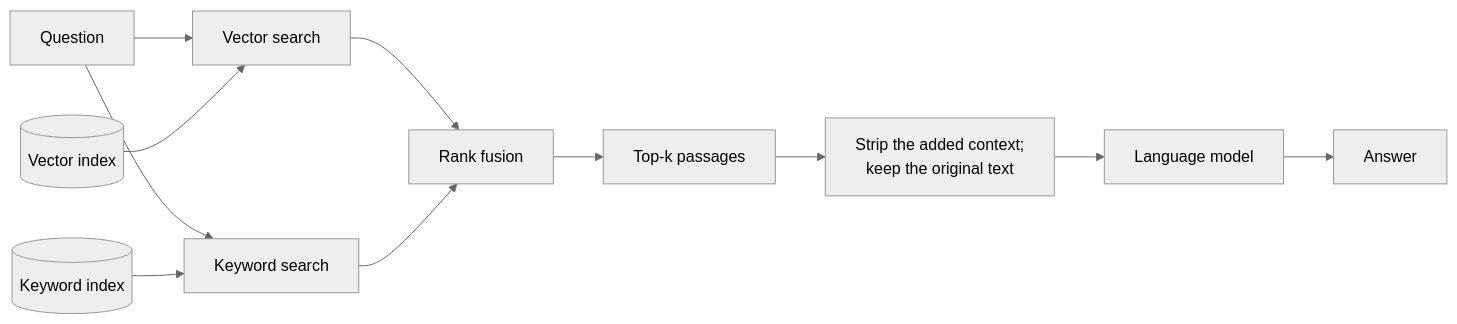
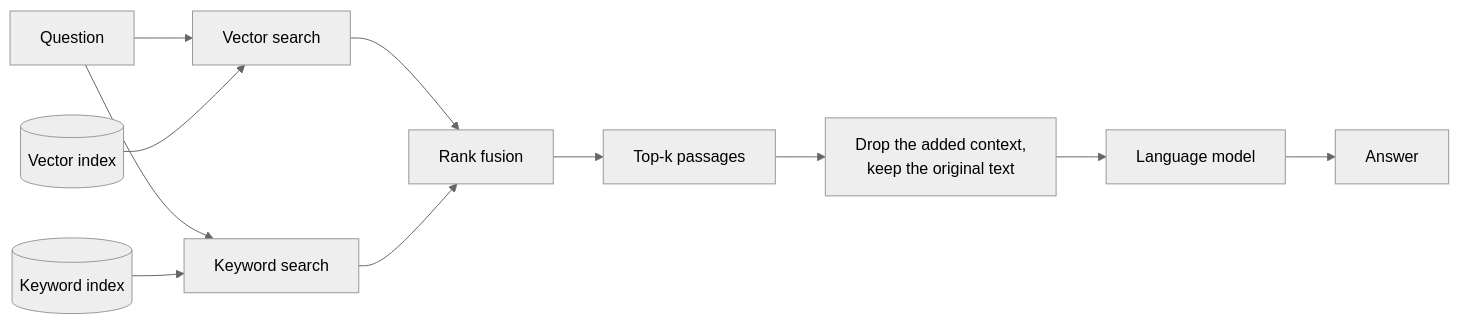
The second of 2 diagrams in app/demos/rag/contextual/README.md (jjaaxx44/genai-personal-lab-rag), drawn with Mermaid (neutral theme) before and after one commit. The commit also changed other lines of this file and 32 other files, not shown here.

````diff
--- a/app/demos/rag/contextual/README.md
+++ b/app/demos/rag/contextual/README.md
@@ -34,13 +24,13 @@
 ```mermaid
 flowchart LR
   Q["Question"] --> V["Vector search"]
   Q --> K["Keyword search"]
   I1[("Vector index")] --> V
   I2[("Keyword index")] --> K
   V --> F["Rank fusion"]
   K --> F
   F --> T["Top-k passages"]
-  T --> S["Strip the added context;<br/>keep the original text"]
+  T --> S["Drop the added context,<br/>keep the original text"]
   S --> L["Language model"]
   L --> A["Answer"]
 ```
````
